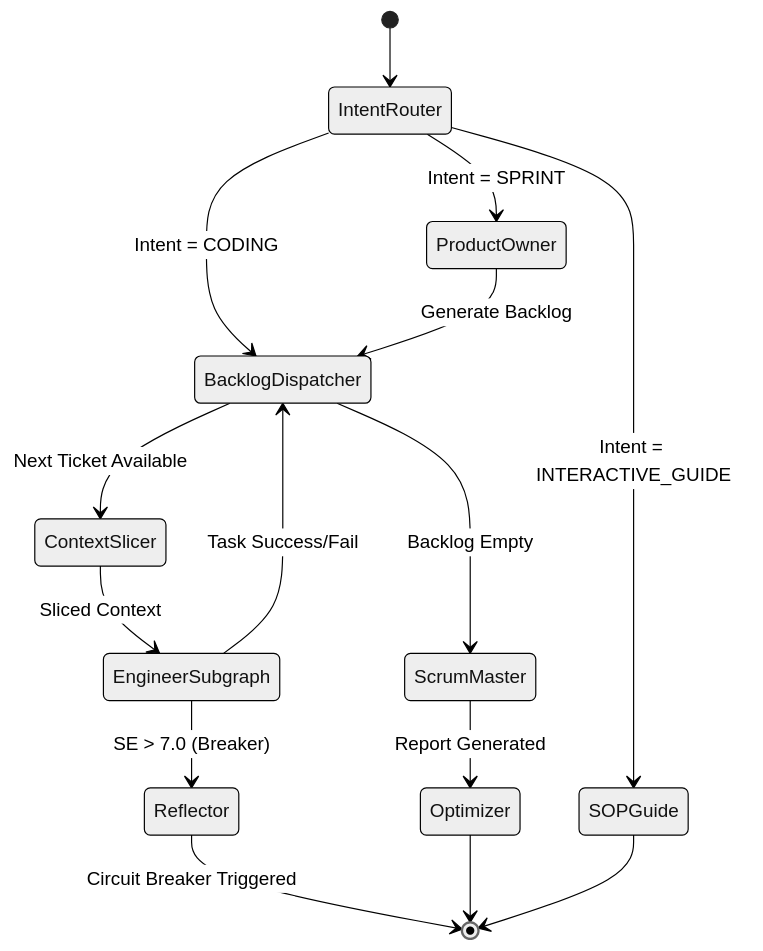
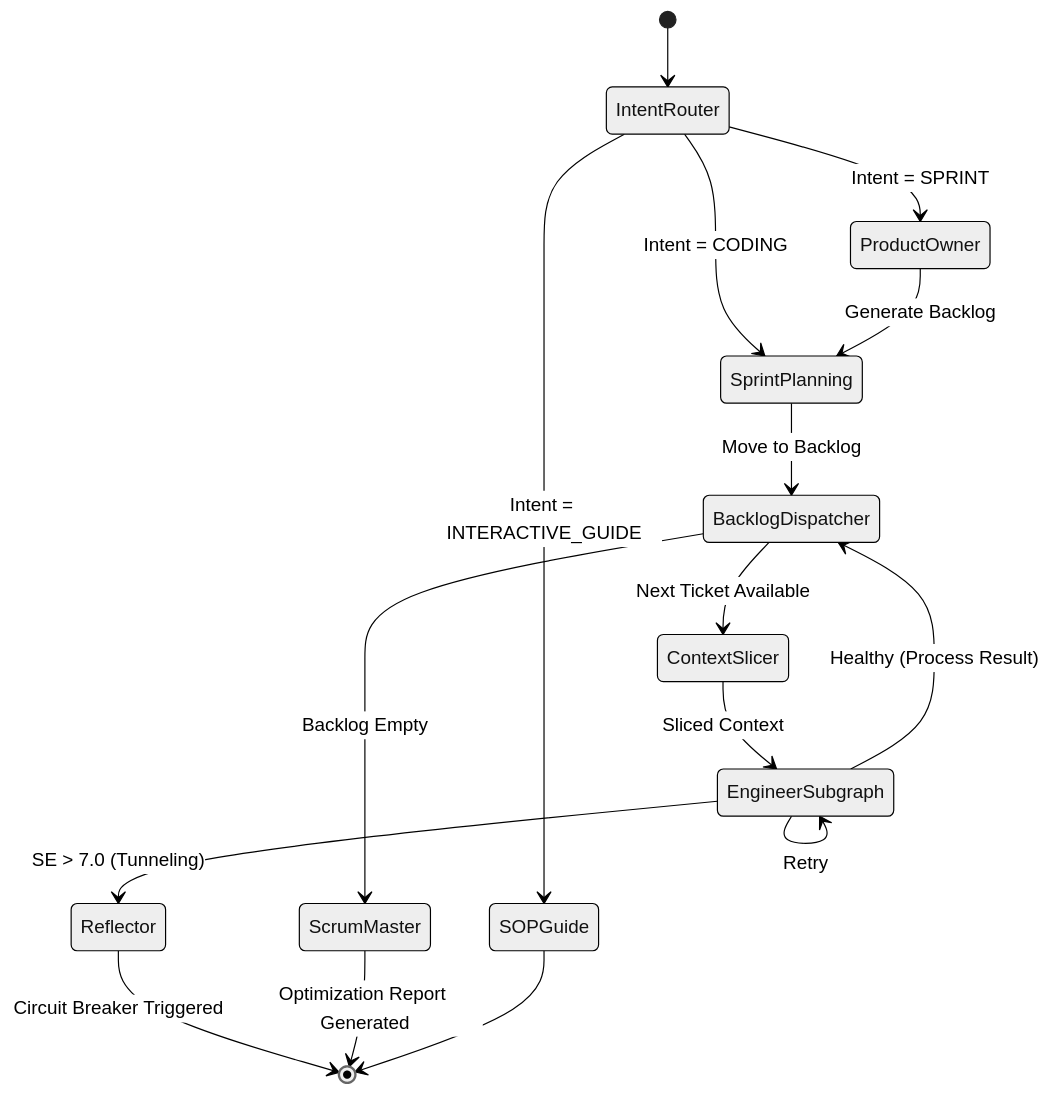
One commit to jonaschen/ai-bsp-agent changed the second of 3 diagrams in DESIGN.md. Above: the diagram before and after it, drawn with Mermaid (neutral theme). The commit also changed other lines of this file and 1 other file, not shown here.

````diff
--- a/DESIGN.md
+++ b/DESIGN.md
@@ -120,25 +130,26 @@
 ```mermaid
 stateDiagram-v2
     [*] --> IntentRouter
 
     IntentRouter --> ProductOwner: Intent = SPRINT
-    IntentRouter --> BacklogDispatcher: Intent = CODING
+    IntentRouter --> SprintPlanning: Intent = CODING
     IntentRouter --> SOPGuide: Intent = INTERACTIVE_GUIDE
 
-    ProductOwner --> BacklogDispatcher: Generate Backlog
+    ProductOwner --> SprintPlanning: Generate Backlog
+    SprintPlanning --> BacklogDispatcher: Move to Backlog
 
     state BacklogDispatcher <<choice>>
     BacklogDispatcher --> ContextSlicer: Next Ticket Available
     BacklogDispatcher --> ScrumMaster: Backlog Empty
 
     ContextSlicer --> EngineerSubgraph: Sliced Context
 
-    EngineerSubgraph --> BacklogDispatcher: Task Success/Fail
+    state EngineerSubgraph <<choice>>
+    EngineerSubgraph --> BacklogDispatcher: Healthy (Process Result)
+    EngineerSubgraph --> Reflector: SE > 7.0 (Tunneling)
+    EngineerSubgraph --> EngineerSubgraph: Retry
 
-    EngineerSubgraph --> Reflector: SE > 7.0 (Breaker)
     Reflector --> [*]: Circuit Breaker Triggered
-
-    ScrumMaster --> Optimizer: Report Generated
-    Optimizer --> [*]
+    ScrumMaster --> [*]: Optimization Report Generated
     SOPGuide --> [*]
 ```
````
